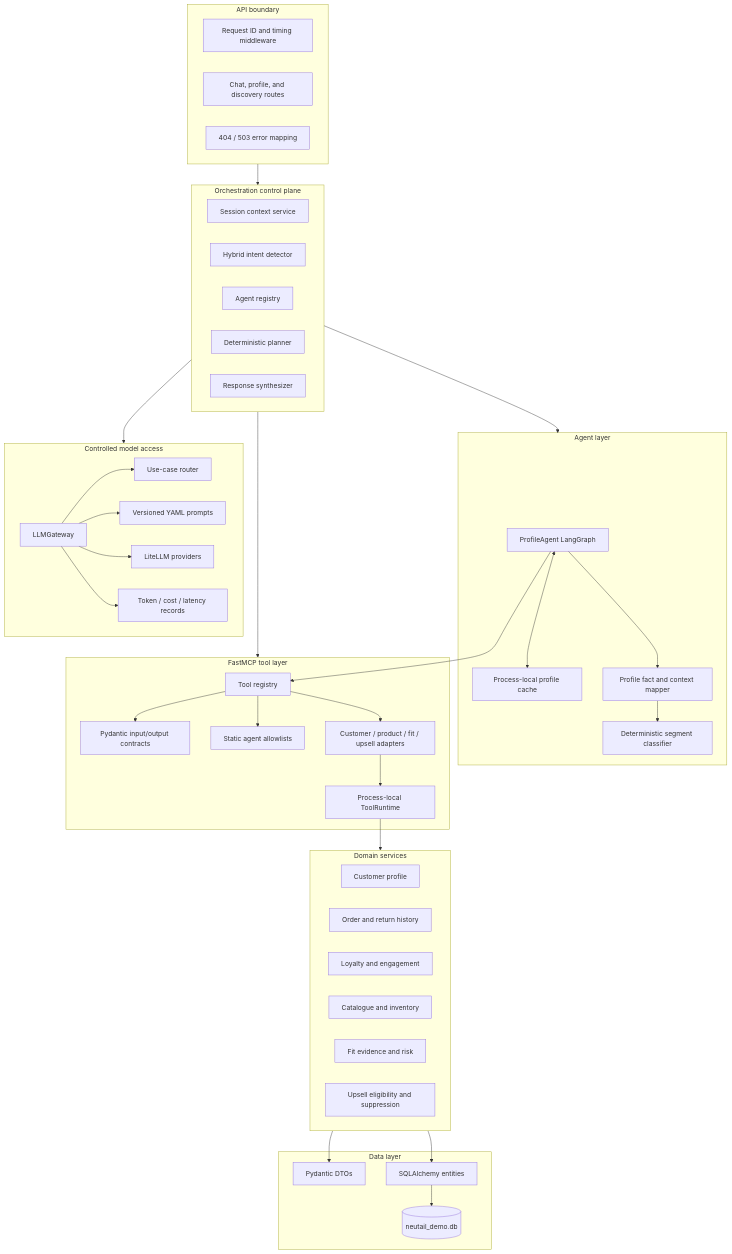
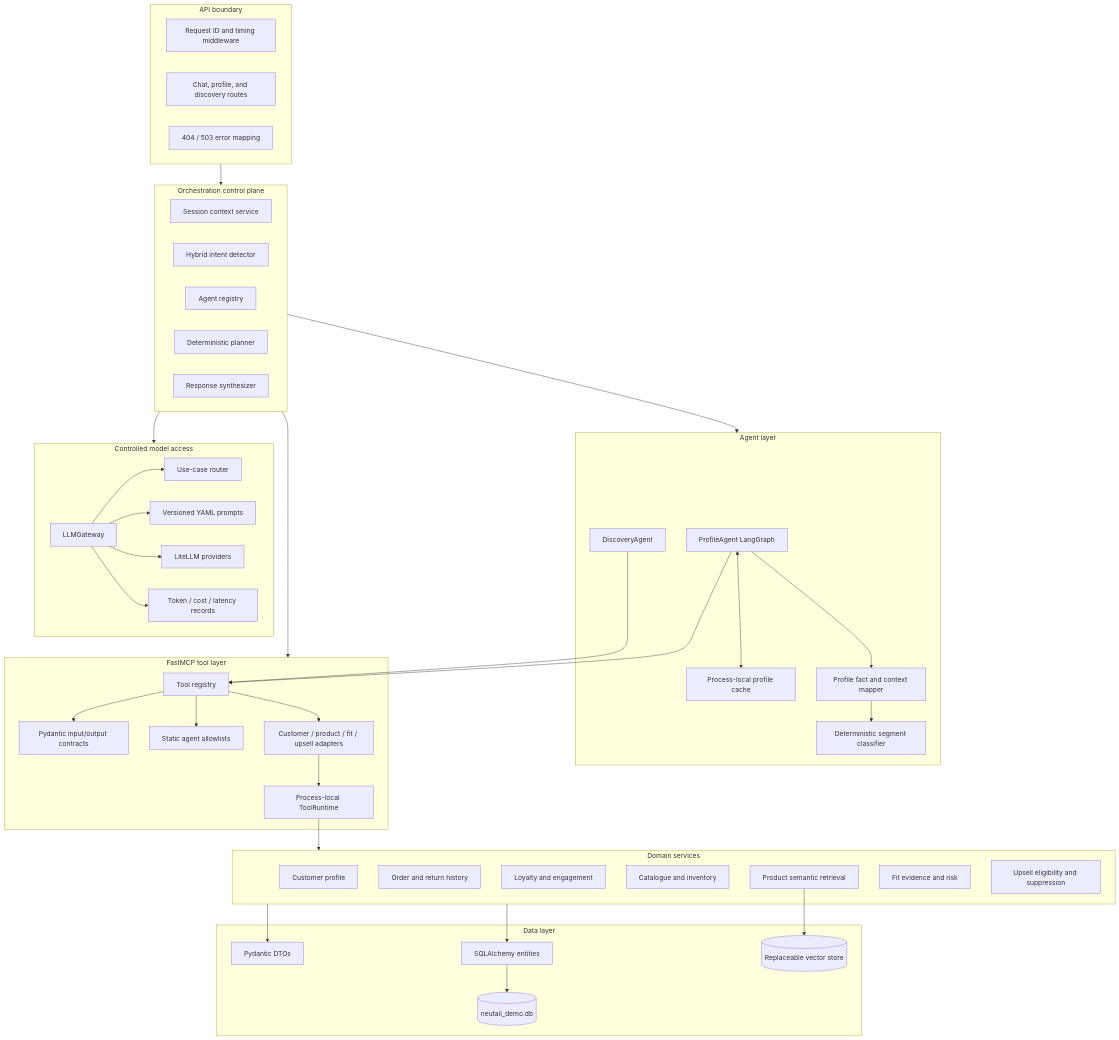
One commit to budurusumithkumar/Neutail changed the second of 8 diagrams in SYSTEM_DESIGN.md. Above: the diagram before and after it, drawn with Mermaid. The commit also changed other lines of this file and 35 other files, not shown here.

First line of the commit message:
feat: Implement personalized product ranking and discovery services

````diff
--- a/SYSTEM_DESIGN.md
+++ b/SYSTEM_DESIGN.md
@@ -66,75 +76,80 @@
 ```mermaid
 flowchart TB
     subgraph Boundary[API boundary]
         MW[Request ID and timing middleware]
         Routes[Chat, profile, and discovery routes]
         Errors[404 / 503 error mapping]
     end
 
     subgraph Agent[Agent layer]
         Graph[ProfileAgent LangGraph]
+        Discovery[DiscoveryAgent]
         Cache[Process-local profile cache]
         Rules[Deterministic segment classifier]
         Mapper[Profile fact and context mapper]
     end
 
     subgraph Control[Orchestration control plane]
         Session[Session context service]
         Intent[Hybrid intent detector]
         AgentRegistry[Agent registry]
         Planner[Deterministic planner]
         Synthesis[Response synthesizer]
     end
 
     subgraph Tools[FastMCP tool layer]
         Registry[Tool registry]
         Contracts[Pydantic input/output contracts]
         Policy[Static agent allowlists]
         Adapters[Customer / product / fit / upsell adapters]
         Runtime[Process-local ToolRuntime]
     end
 
     subgraph Domain[Domain services]
         Customer[Customer profile]
         History[Order and return history]
         Loyalty[Loyalty and engagement]
         Product[Catalogue and inventory]
+        Retrieval[Product semantic retrieval]
         Fit[Fit evidence and risk]
         Upsell[Upsell eligibility and suppression]
     end
 
     subgraph Data[Data layer]
         DTO[Pydantic DTOs]
         Entities[SQLAlchemy entities]
         SQLite[(neutail_demo.db)]
+        Vector[(Replaceable vector store)]
     end
 
     subgraph Models[Controlled model access]
         Gateway[LLMGateway]
         Router[Use-case router]
         Prompts[Versioned YAML prompts]
         Telemetry[Token / cost / latency records]
         Providers[LiteLLM providers]
     end
 
     Boundary --> Control
     Control --> Agent
     Control --> Tools
     Control --> Models
     Graph <--> Cache
     Graph --> Registry
     Graph --> Mapper
+    Discovery --> Registry
     Mapper --> Rules
     Registry --> Policy
     Registry --> Contracts
     Registry --> Adapters
     Adapters --> Runtime
     Runtime --> Domain
     Domain --> DTO
+    Retrieval --> Vector
     Domain --> Entities
     Entities --> SQLite
     Gateway --> Router
     Gateway --> Prompts
     Gateway --> Providers
     Gateway --> Telemetry
 ```
````
